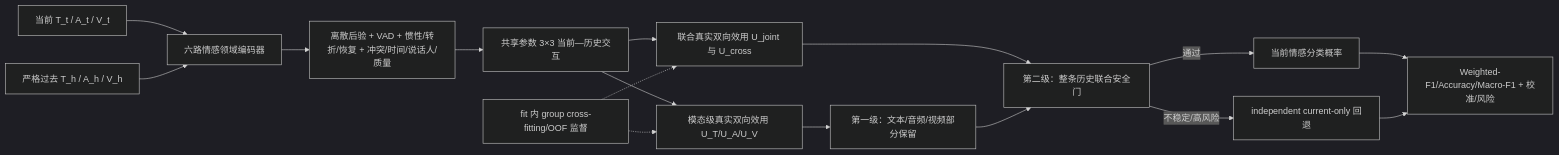
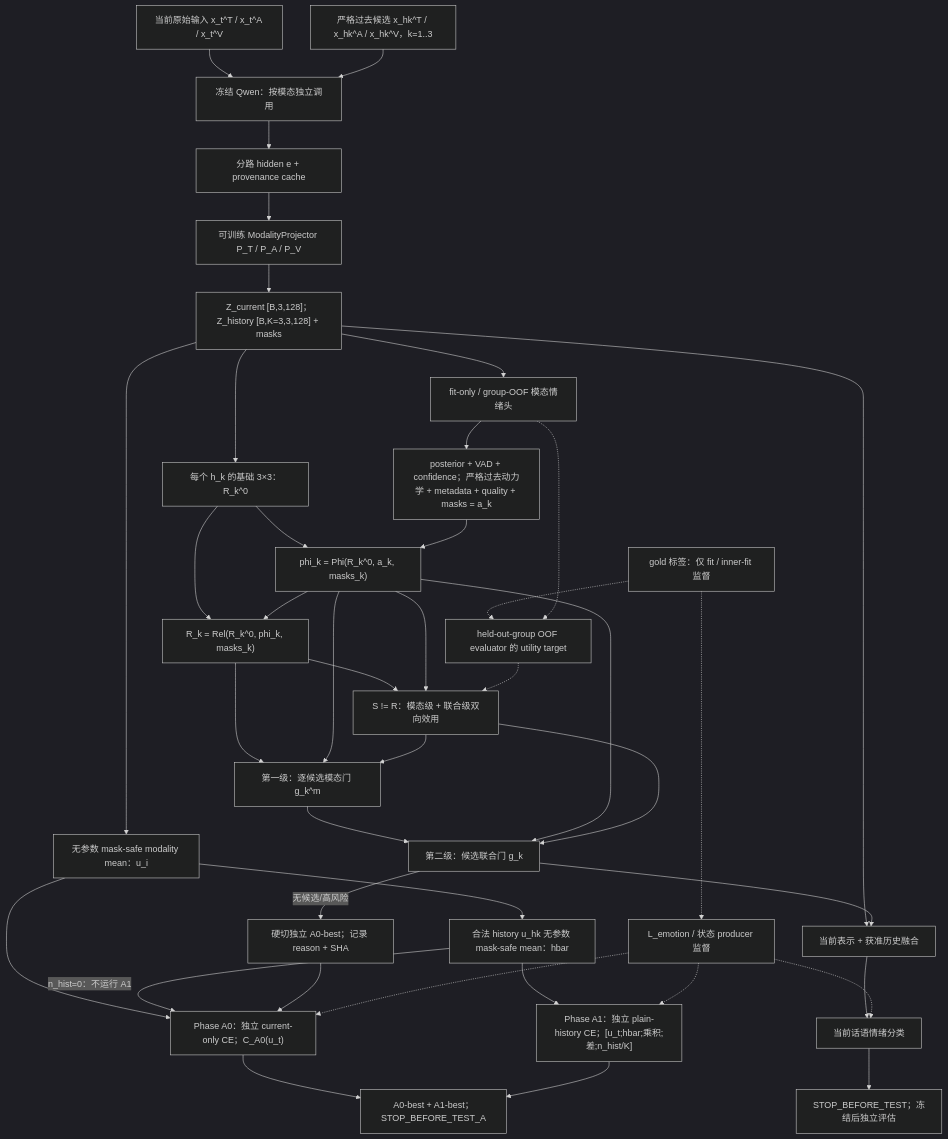
Before and after one commit to China-hanwudi/-: the diagram in docs/12_N3候选方案_要求对照与冻结协议_2026-08-09.md, drawn with Mermaid (dark theme). The commit also changed other lines of this file and 12 other files, not shown here.

Commit message:
Clarify Qwen-to-N3 flow and theory-conditioned protocol

````diff
--- a/docs/12_N3候选方案_要求对照与冻结协议_2026-08-09.md
+++ b/docs/12_N3候选方案_要求对照与冻结协议_2026-08-09.md
@@ -186,18 +322,46 @@
 ```mermaid
-flowchart LR
-    X["当前 T_t / A_t / V_t"] --> E["六路情感领域编码器"]
-    H["严格过去 T_h / A_h / V_h"] --> E
-    E --> R["离散后验 + VAD + 惯性/转折/恢复 + 冲突/时间/说话人/质量"]
-    R --> I["共享参数 3×3 当前—历史交互"]
-    I --> UM["模态级真实双向效用 U_T/U_A/U_V"]
-    I --> UJ["联合真实双向效用 U_joint 与 U_cross"]
-    UM --> G1["第一级：文本/音频/视频部分保留"]
-    UJ --> G2["第二级：整条历史联合安全门"]
-    G1 --> G2
-    G2 -->|"通过"| C["当前情感分类概率"]
-    G2 -->|"不稳定/高风险"| B["independent current-only 回退"]
-    C --> EV["Weighted-F1/Accuracy/Macro-F1 + 校准/风险"]
-    B --> EV
-    OOF["fit 内 group cross-fitting/OOF 监督"] -.-> UM
-    OOF -.-> UJ
+flowchart TB
+    XC["当前原始输入 x_t^T / x_t^A / x_t^V"] --> Q["冻结 Qwen：按模态独立调用"]
+    XH["严格过去候选 x_hk^T / x_hk^A / x_hk^V，k=1..3"] --> Q
+    Q --> E["分路 hidden e + provenance cache"]
+    E --> P["可训练 ModalityProjector P_T / P_A / P_V"]
+    P --> Z["Z_current [B,3,128]；Z_history [B,K=3,3,128] + masks"]
+
+    Z --> M["无参数 mask-safe modality mean：u_i"]
+    M --> A0["Phase A0：独立 current-only CE；C_A0(u_t)"]
+    M --> HM["合法 history u_hk 无参数 mask-safe mean：hbar"]
+    HM --> A1["Phase A1：独立 plain-history CE；[u_t;hbar;乘积;差;n_hist/K]"]
+    HM -->|"n_hist=0：不运行 A1"| A0
+    A0 --> STOPA["A0-best + A1-best；STOP_BEFORE_TEST_A"]
+    A1 --> STOPA
+
+    Z --> H["fit-only / group-OOF 模态情绪头"]
+    H --> A["posterior + VAD + confidence；严格过去动力学 + metadata + quality + masks = a_k"]
+    Z --> R0["每个 h_k 的基础 3×3：R_k^0"]
+    R0 --> PHI["phi_k = Phi(R_k^0, a_k, masks_k)"]
+    A --> PHI
+    R0 --> REL["R_k = Rel(R_k^0, phi_k, masks_k)"]
+    PHI --> REL
+    REL --> U["S != R：模态级 + 联合级双向效用"]
+    PHI --> U
+    REL --> G1["第一级：逐候选模态门 g_k^m"]
+    PHI --> G1
+    U --> G1
+    G1 --> G2["第二级：候选联合门 g_k"]
+    PHI --> G2
+    U --> G2
+    Z --> F["当前表示 + 获准历史融合"]
+    G2 --> F
+    F --> C["当前话语情绪分类"]
+    G2 -->|"无候选/高风险"| B["硬切独立 A0-best；记录 reason + SHA"]
+    B --> A0
+    C --> STOPB["STOP_BEFORE_TEST；冻结后独立评估"]
+
+    Y["gold 标签：仅 fit / inner-fit 监督"] -.-> LE["L_emotion / 状态 producer 监督"]
+    Y -.-> UT["held-out-group OOF evaluator 的 utility target"]
+    H -.-> UT
+    LE -.-> A0
+    LE -.-> A1
+    LE -.-> C
+    UT -.-> U
 ```
````
